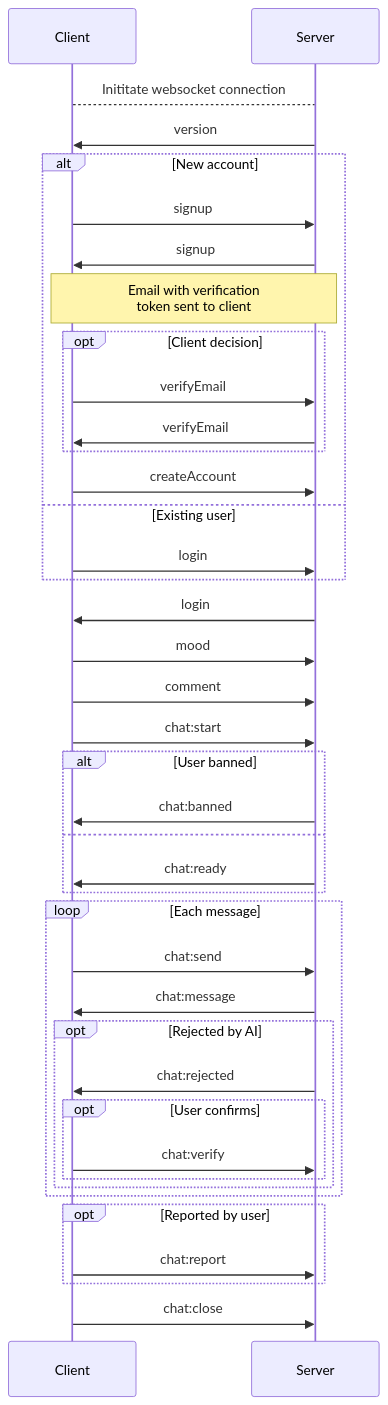
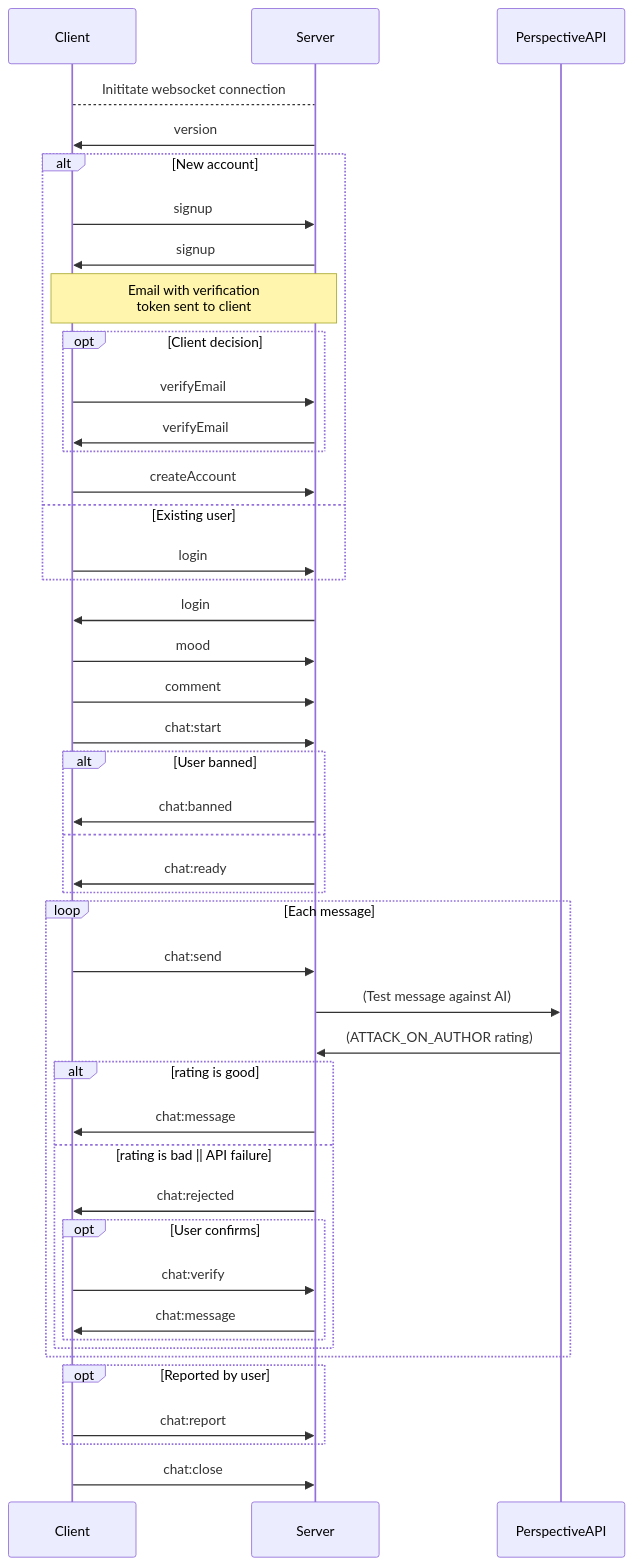
The second of 2 diagrams in documentation/server.md (Lyrenhex/eos), drawn with Mermaid before and after one commit.

Commit message:
More explicit expression of AI API requests

````diff
--- a/documentation/server.md
+++ b/documentation/server.md
@@ -35,40 +35,44 @@
 ```mermaid
 sequenceDiagram
     Client --> Server: Inititate websocket connection;
     Server ->> Client: version;
     alt New account
         Client ->> Server: signup;
         Server ->> Client: signup;
         Note over Client, Server: Email with verification <br />token sent to client;
         opt Client decision
             Client ->> Server: verifyEmail;
             Server ->> Client: verifyEmail;
         end
         Client ->> Server: createAccount;
     else Existing user
         Client ->> Server: login;
     end
     Server ->> Client: login;
     Client ->> Server: mood;
     Client ->> Server: comment;
     Client ->> Server: chat:start;
     alt User banned
         Server ->> Client: chat:banned;
     else
         Server ->> Client: chat:ready;
     end
     loop Each message
         Client ->> Server: chat:send;
-        Server ->> Client: chat:message;
-        opt Rejected by AI
+        Server ->> PerspectiveAPI: (Test message against AI);
+        PerspectiveAPI ->> Server: (ATTACK_ON_AUTHOR rating);
+        alt rating is good
+            Server ->> Client: chat:message;
+        else rating is bad || API failure
             Server ->> Client: chat:rejected;
             opt User confirms
                 Client ->> Server: chat:verify;
+                Server ->> Client: chat:message;
             end
         end
     end
     opt Reported by user
         Client ->> Server: chat:report;
     end
     Client ->> Server: chat:close;
 ```
````
